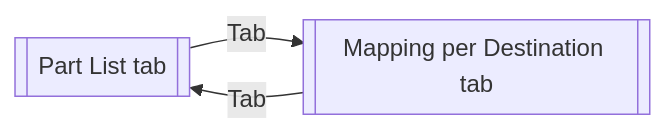
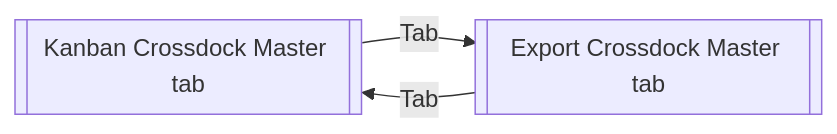
The first of 5 diagrams in prepare_code/uiss/XD01_Screen_CrossDockPartMaster.md (ivanrayhannn/crossdockpoc), drawn with Mermaid before and after one commit. The commit also changed other lines of this file and 92 other files, not shown here.

First line of the commit message:
Crossdock Master names (Kanban / Export Crossdock Master), period on the Kanban Crossdock Master, Order Type per destination row

````diff
--- a/prepare_code/uiss/XD01_Screen_CrossDockPartMaster.md
+++ b/prepare_code/uiss/XD01_Screen_CrossDockPartMaster.md
@@ -142,7 +143,7 @@
 ```mermaid
 flowchart LR
-  pl[["Part List tab"]]
-  mp[["Mapping per Destination tab"]]
+  pl[["Kanban Crossdock Master tab"]]
+  mp[["Export Crossdock Master tab"]]
   pl -->|Tab| mp
   mp -->|Tab| pl
 ```
````
